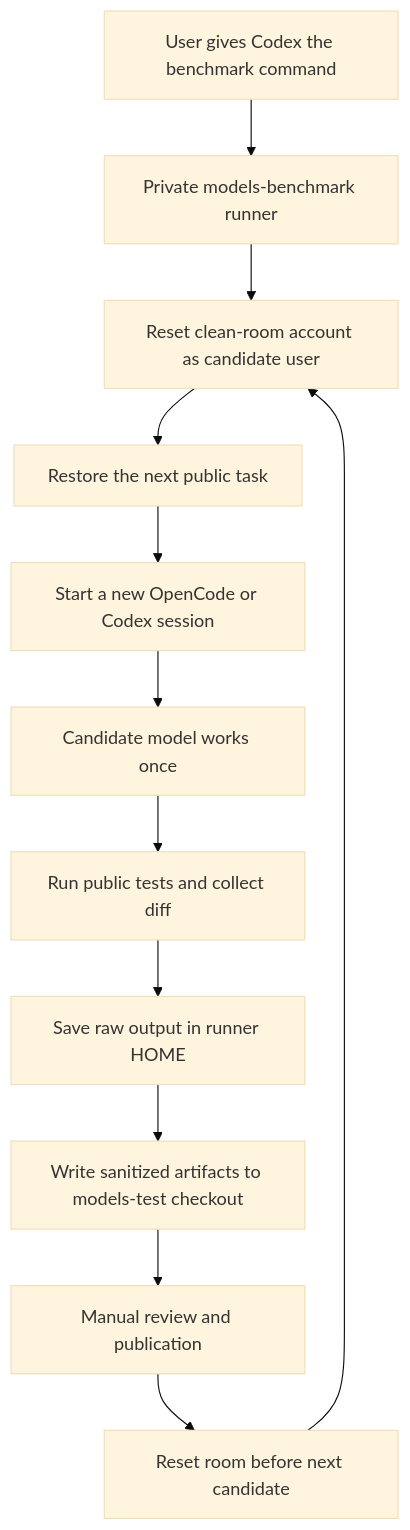
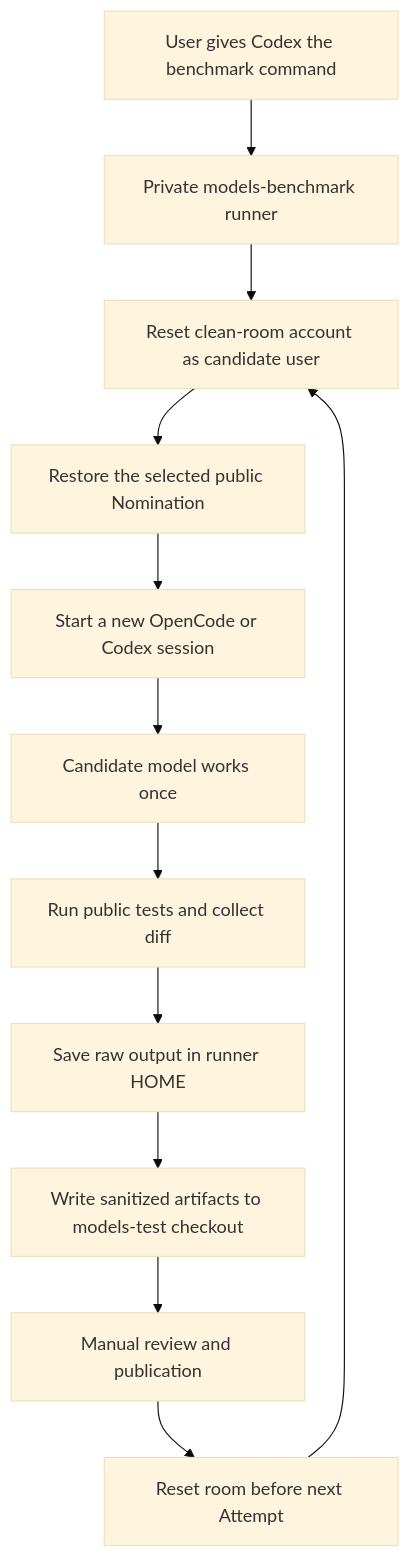
Before and after one commit to pickleshell/models-benchmark: the diagram in README.md, drawn with Mermaid (base theme). The commit also changed other lines of this file and 238 other files, not shown here.

````diff
--- a/README.md
+++ b/README.md
@@ -291,14 +449,14 @@
 ```mermaid
 flowchart TD
     A[User gives Codex the benchmark command] --> B[Private models-benchmark runner]
     B --> C[Reset clean-room account as candidate user]
-    C --> D[Restore the next public task]
+    C --> D[Restore the selected public Nomination]
     D --> E[Start a new OpenCode or Codex session]
     E --> F[Candidate model works once]
     F --> G[Run public tests and collect diff]
     G --> H[Save raw output in runner HOME]
     H --> I[Write sanitized artifacts to models-test checkout]
     I --> J[Manual review and publication]
-    J --> K[Reset room before next candidate]
+    J --> K[Reset room before next Attempt]
     K --> C
 ```
````
